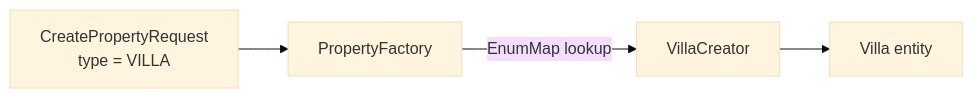
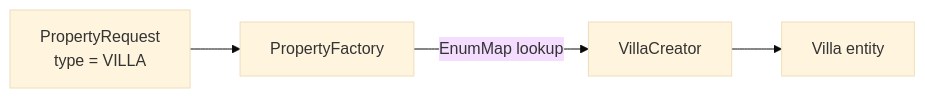
The diagram in docs/learning/01-foundation.md (harshit12505/rentalhub), drawn with Mermaid (base theme) before and after one commit. The commit also changed other lines of this file and 54 other files, not shown here.

````diff
--- a/docs/learning/01-foundation.md
+++ b/docs/learning/01-foundation.md
@@ -303,6 +303,6 @@
 ```mermaid
 flowchart LR
-    R[CreatePropertyRequest<br/>type = VILLA] --> F[PropertyFactory]
+    R[PropertyRequest<br/>type = VILLA] --> F[PropertyFactory]
     F -->|EnumMap lookup| C[VillaCreator]
     C --> V[Villa entity]
 ```
````
